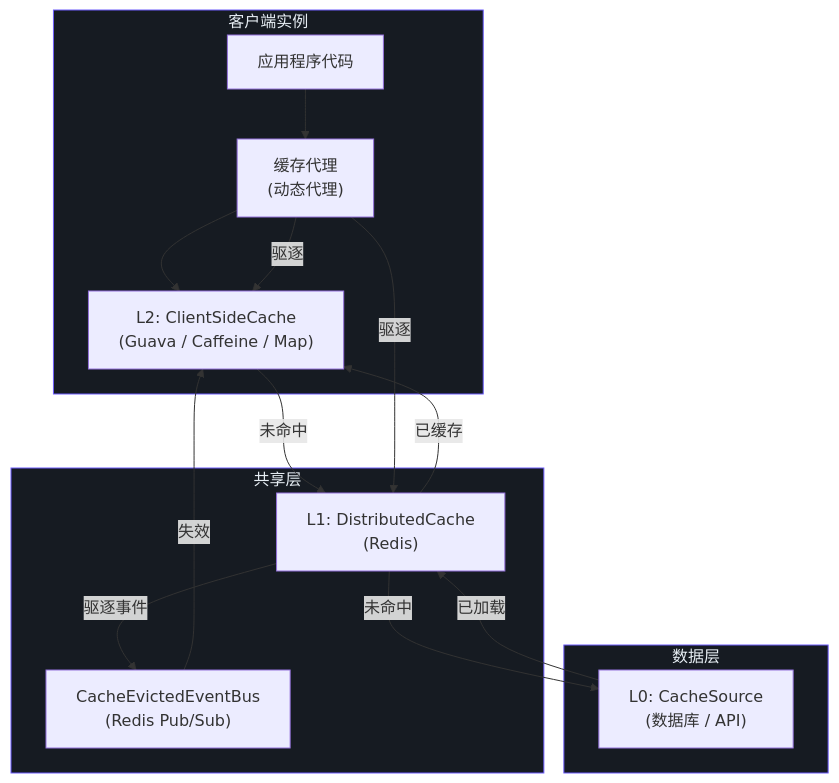
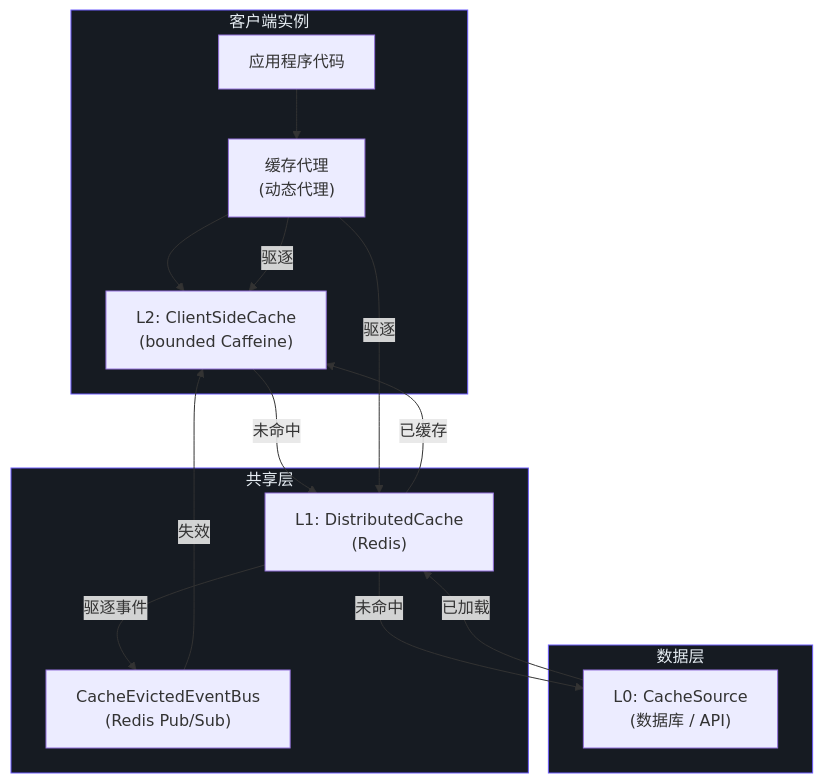
One commit to Ahoo-Wang/CoCache changed the second of 5 diagrams in wiki/zh/api/index.md. Above: the diagram before and after it, drawn with Mermaid. The commit also changed other lines of this file and 256 other files, not shown here.

First line of the commit message:
refactor!: rebuild coherence core for 5.0 (bounded staleness, explicit negative cache) (#575)

````diff
--- a/wiki/zh/api/index.md
+++ b/wiki/zh/api/index.md
@@ -103,32 +89,32 @@
 ```mermaid
 graph TB
     subgraph Client["客户端实例"]
         style Client fill:#161b22,stroke:#6d5dfc,color:#e6edf3
         App["应用程序代码"]
         Proxy["缓存代理<br>(动态代理)"]
-        L2["L2: ClientSideCache<br>(Guava / Caffeine / Map)"]
+        L2["L2: ClientSideCache<br>(bounded Caffeine)"]
     end
 
     subgraph Distributed["共享层"]
         style Distributed fill:#161b22,stroke:#6d5dfc,color:#e6edf3
         L1["L1: DistributedCache<br>(Redis)"]
         EventBus["CacheEvictedEventBus<br>(Redis Pub/Sub)"]
     end
 
     subgraph DataSource["数据层"]
         style DataSource fill:#161b22,stroke:#6d5dfc,color:#e6edf3
         L0["L0: CacheSource<br>(数据库 / API)"]
     end
 
     App --> Proxy
     Proxy --> L2
     L2 -- "未命中" --> L1
     L1 -- "未命中" --> L0
     L0 -- "已加载" --> L1
     L1 -- "已缓存" --> L2
     Proxy -- "驱逐" --> L2
     Proxy -- "驱逐" --> L1
     L1 -- "驱逐事件" --> EventBus
     EventBus -- "失效" --> L2
 
 ```
````
